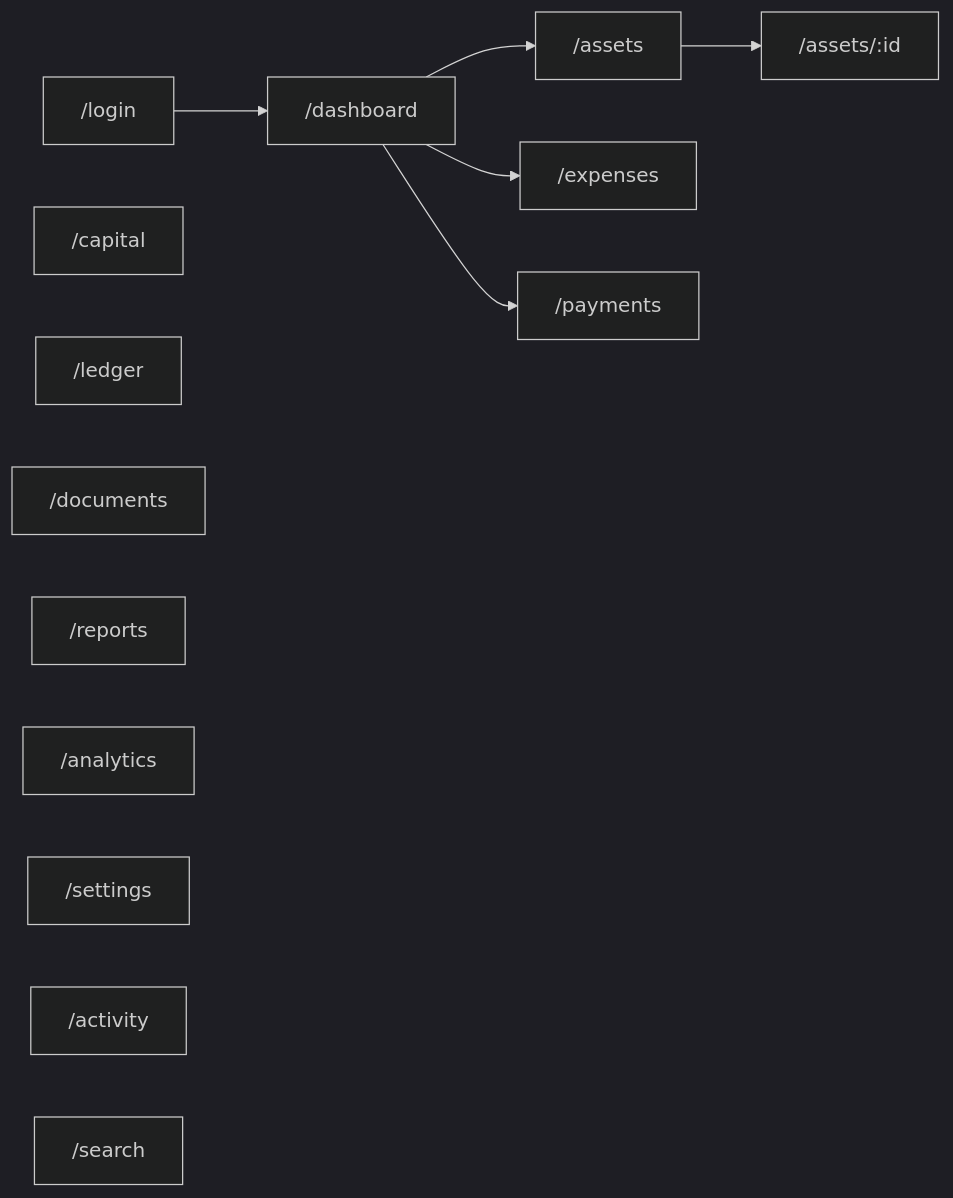
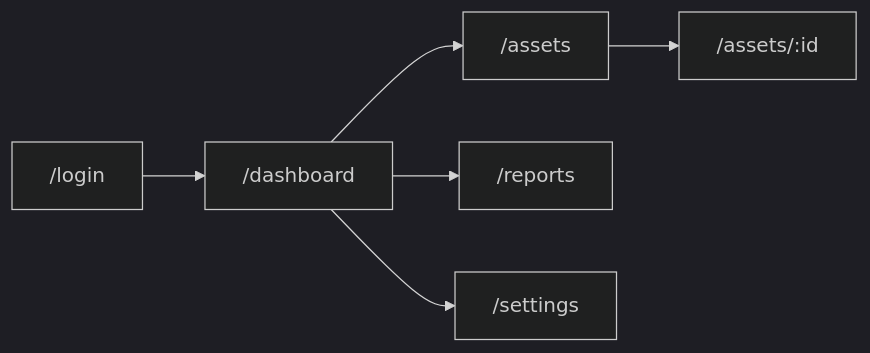
Before and after one commit to arshadmotlani-cpu/awesomepgnew: the diagram in docs/automotive-capital/ROUTES.md, drawn with Mermaid (dark theme). The commit also changed other lines of this file and 25 other files, not shown here.

First line of the commit message:
Collapse Capital nav to Dashboard, Vehicles, Reports, Settings.

````diff
--- a/docs/automotive-capital/ROUTES.md
+++ b/docs/automotive-capital/ROUTES.md
@@ -11,23 +11,15 @@
 ```mermaid
 flowchart LR
   Login["/login"]
   Dashboard["/dashboard"]
-  Assets["/assets"]
-  AssetDetail["/assets/:id"]
-  Expenses["/expenses"]
-  Payments["/payments"]
-  Capital["/capital"]
-  Ledger["/ledger"]
-  Documents["/documents"]
+  Vehicles["/assets"]
+  VehicleDetail["/assets/:id"]
   Reports["/reports"]
-  Analytics["/analytics"]
   Settings["/settings"]
-  Activity["/activity"]
-  Search["/search"]
 
   Login --> Dashboard
-  Dashboard --> Assets
-  Assets --> AssetDetail
-  Dashboard --> Expenses
-  Dashboard --> Payments
+  Dashboard --> Vehicles
+  Vehicles --> VehicleDetail
+  Dashboard --> Reports
+  Dashboard --> Settings
 ```
````
